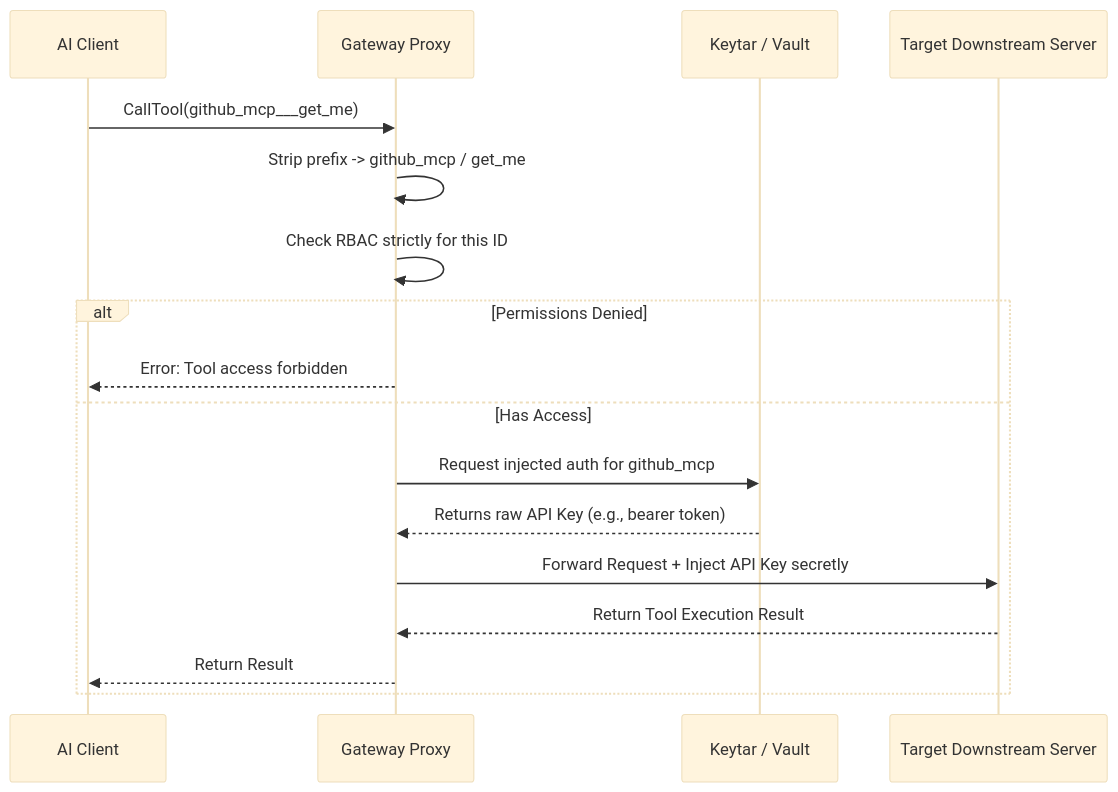
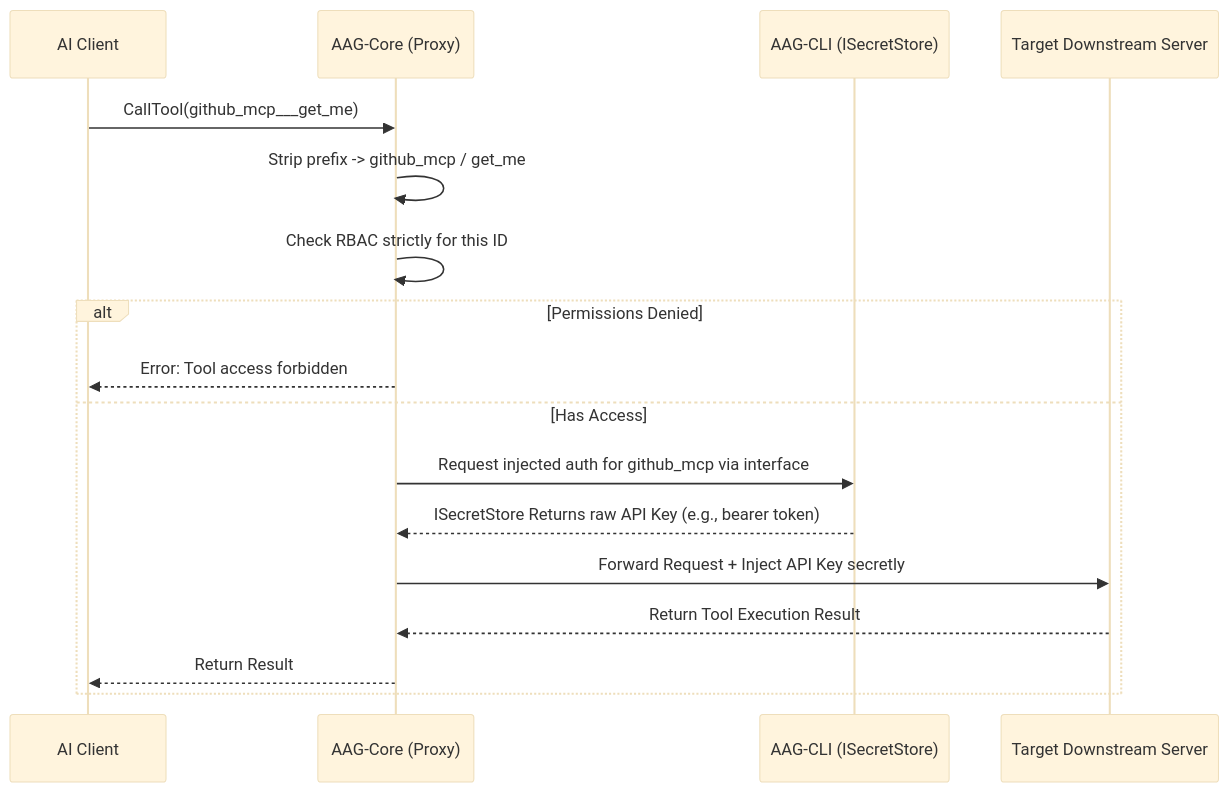
The third of 3 diagrams in ARCHITECTURE.md (Cyber-Sec-Space/ai-auth-gateway), drawn with Mermaid (base theme) before and after one commit. The commit also changed other lines of this file and 25 other files, not shown here.

Commit message:
chore(core): completely modularize AAG-Core into NPM workspace with dependency injection and update docs

````diff
--- a/ARCHITECTURE.md
+++ b/ARCHITECTURE.md
@@ -106,20 +107,20 @@
 ```mermaid
 sequenceDiagram
     participant AI as AI Client
-    participant GW as Gateway Proxy
-    participant KV as Keytar / Vault
+    participant Core as AAG-Core (Proxy)
+    participant KV as AAG-CLI (ISecretStore)
     participant MCP as Target Downstream Server
 
-    AI->>GW: CallTool(github_mcp___get_me)
-    GW->>GW: Strip prefix -> github_mcp / get_me
-    GW->>GW: Check RBAC strictly for this ID
+    AI->>Core: CallTool(github_mcp___get_me)
+    Core->>Core: Strip prefix -> github_mcp / get_me
+    Core->>Core: Check RBAC strictly for this ID
     alt Permissions Denied
-        GW-->>AI: Error: Tool access forbidden
+        Core-->>AI: Error: Tool access forbidden
     else Has Access
-        GW->>KV: Request injected auth for github_mcp
-        KV-->>GW: Returns raw API Key (e.g., bearer token)
-        GW->>MCP: Forward Request + Inject API Key secretly
-        MCP-->>GW: Return Tool Execution Result
-        GW-->>AI: Return Result
+        Core->>KV: Request injected auth for github_mcp via interface
+        KV-->>Core: ISecretStore Returns raw API Key (e.g., bearer token)
+        Core->>MCP: Forward Request + Inject API Key secretly
+        MCP-->>Core: Return Tool Execution Result
+        Core-->>AI: Return Result
     end
 ```
````
